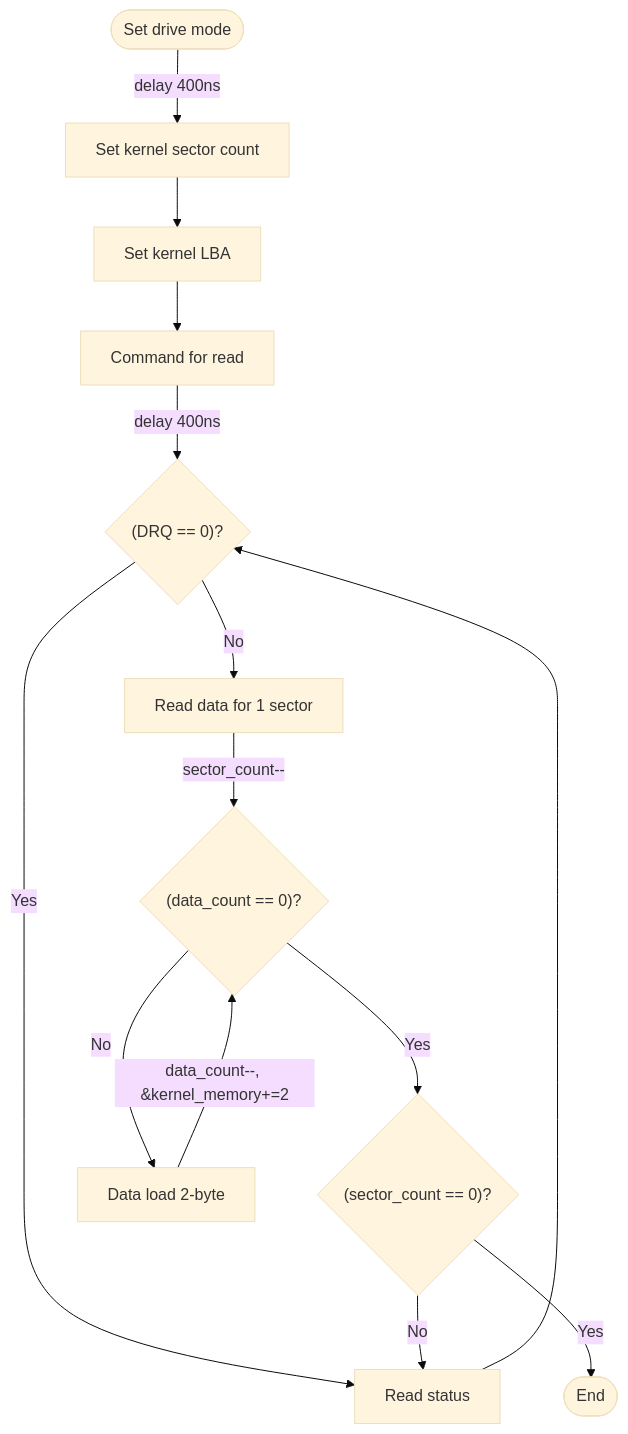
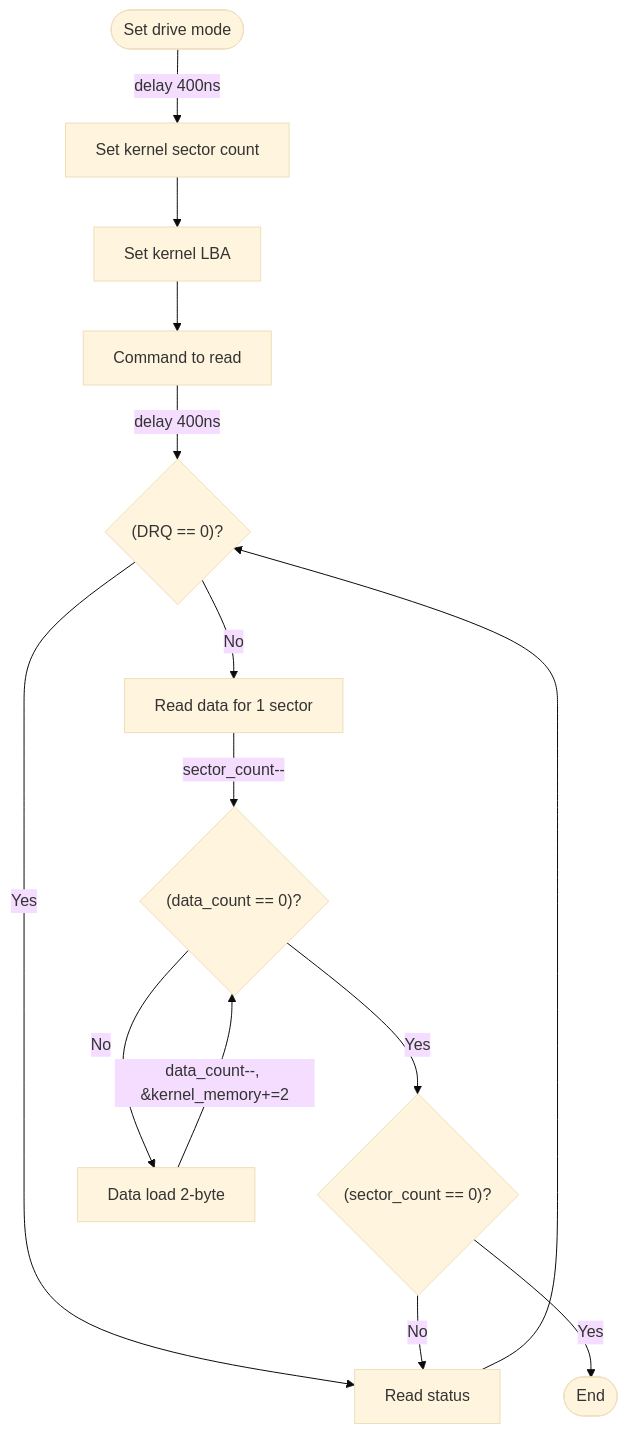
One commit to facooya/fayos changed the fourth of 4 diagrams in docs/boot/boot.md. Above: the diagram before and after it, drawn with Mermaid (base theme). The commit also changed other lines of this file and 5 other files, not shown here.

````diff
--- a/docs/boot/boot.md
+++ b/docs/boot/boot.md
@@ -161,18 +158,18 @@
 ```mermaid
 graph TD
 Start([Set drive mode])
 Start -- "delay 400ns" --> SetSector[Set kernel sector count]
 SetSector --> SetLBA[Set kernel LBA]
-SetLBA --> Command[Command for read]
+SetLBA --> Command[Command to read]
 CheckDRQ{"(DRQ == 0)?"}
 Command -- "delay 400ns" --> CheckDRQ
 CheckDRQ -- Yes --> ReadStat[Read status] --> CheckDRQ
 CheckDRQ -- No --> ReadData[Read data for 1 sector]
 CheckDataCnt{"(data_count == 0)?"}
 CheckSectCnt{"(sector_count == 0)?"}
 ReadData -- "sector_count--" --> CheckDataCnt
 CheckDataCnt -- Yes --> CheckSectCnt
 CheckDataCnt -- No --> DataLoad[Data load 2-byte] -- "data_count--, &kernel_memory+=2" --> CheckDataCnt
 CheckSectCnt -- Yes --> End([End])
 CheckSectCnt -- No --> ReadStat
 ```
````
